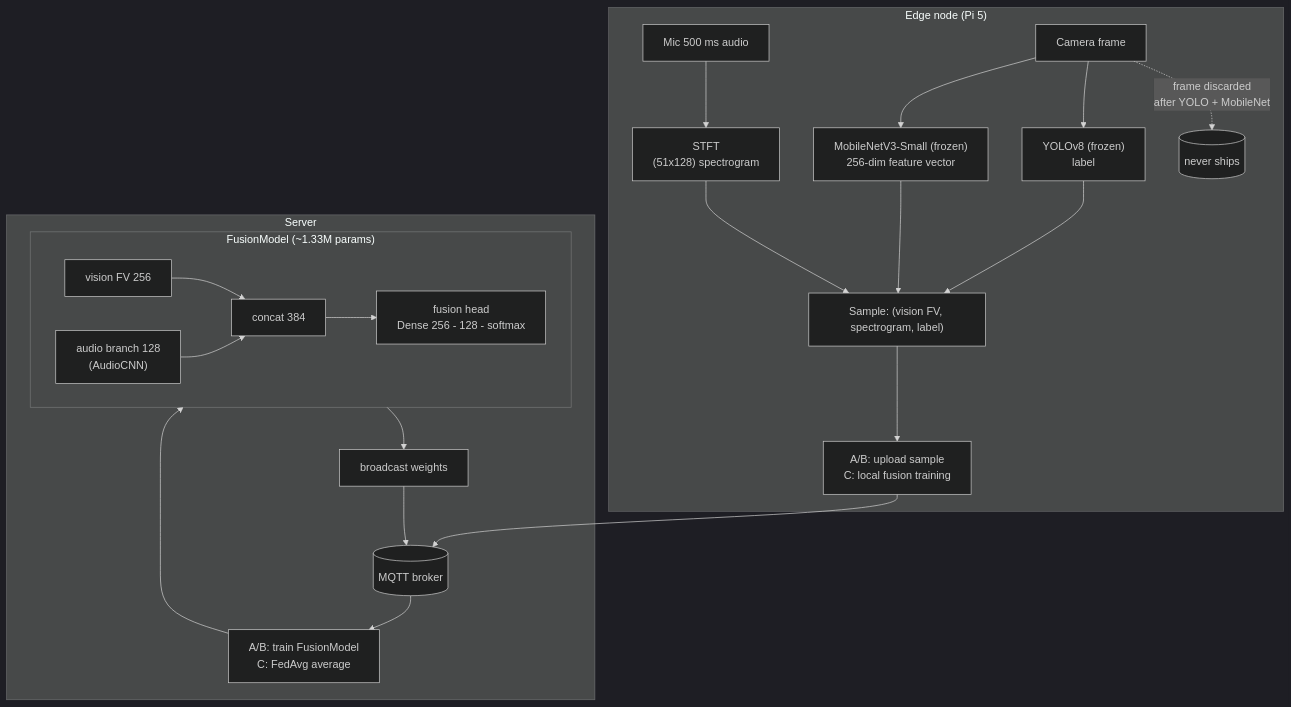
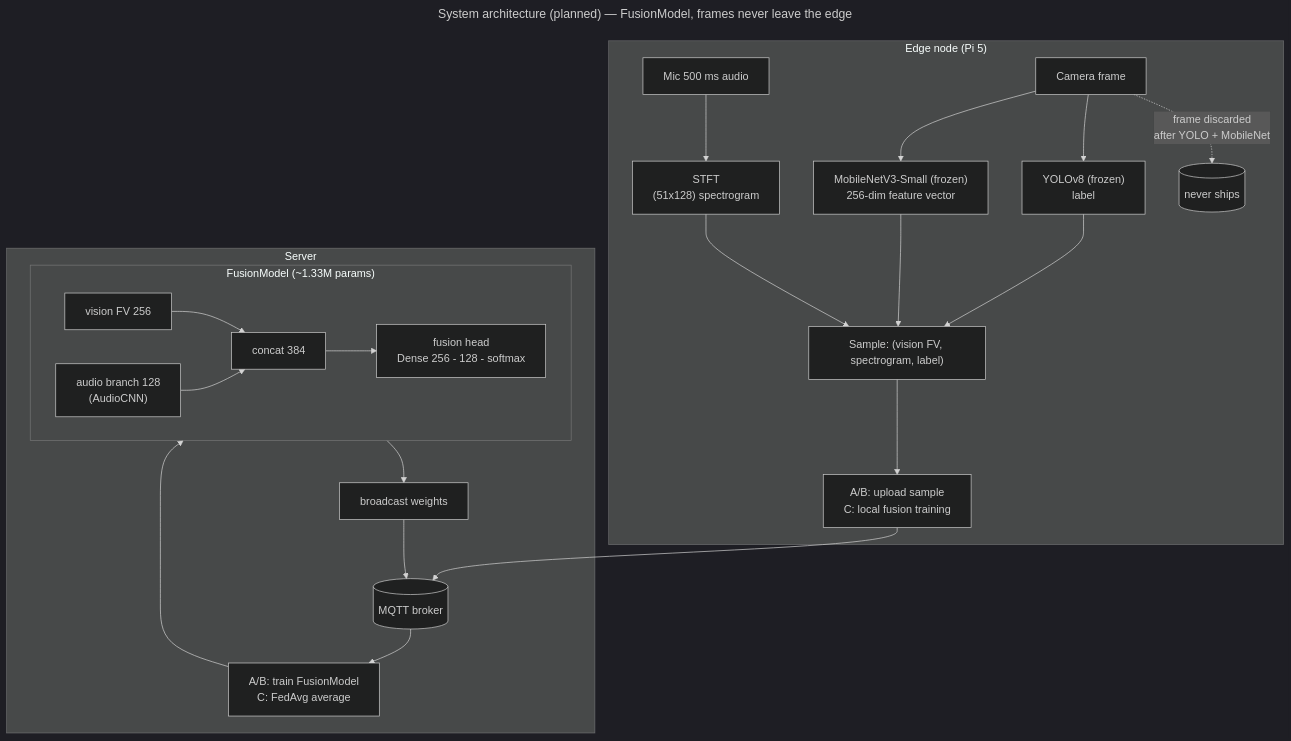
The second of 5 diagrams in docs/DIAGRAMS.md (Hassananwar12030/edgeComputing), drawn with Mermaid (dark theme) before and after one commit. The commit also changed other lines of this file, not shown here.

Commit message:
docs: DIAGRAMS.md — add titles/notes in-diagram, fix live-Pi participant aliases, mark A/B broadcast as optional-for-inference

````diff
--- a/docs/DIAGRAMS.md
+++ b/docs/DIAGRAMS.md
@@ -65,26 +68,29 @@
 ```mermaid
+---
+title: "System architecture (planned) — FusionModel, frames never leave the edge"
+---
 flowchart TB
     subgraph EDGE["Edge node (Pi 5)"]
         cam["Camera frame"] --> yolo["YOLOv8 (frozen)<br/>label"]
         cam --> mnet["MobileNetV3-Small (frozen)<br/>256-dim feature vector"]
         mic["Mic 500 ms audio"] --> stft["STFT<br/>(51x128) spectrogram"]
         yolo --> pack["Sample: (vision FV, spectrogram, label)"]
         mnet --> pack
         stft --> pack
         pack --> strat["A/B: upload sample<br/>C: local fusion training"]
         cam -. "frame discarded<br/>after YOLO + MobileNet" .-> discard[("never ships")]
     end
 
     strat --> broker[("MQTT broker")]
 
     subgraph SERVER["Server"]
         broker --> train["A/B: train FusionModel<br/>C: FedAvg average"]
         subgraph FUSION["FusionModel (~1.33M params)"]
             vin["vision FV 256"] --> concat["concat 384"]
             ain["audio branch 128<br/>(AudioCNN)"] --> concat
             concat --> head["fusion head<br/>Dense 256 - 128 - softmax"]
         end
         train --> FUSION
         FUSION --> bcast2["broadcast weights"] --> broker
     end
 ```
````
